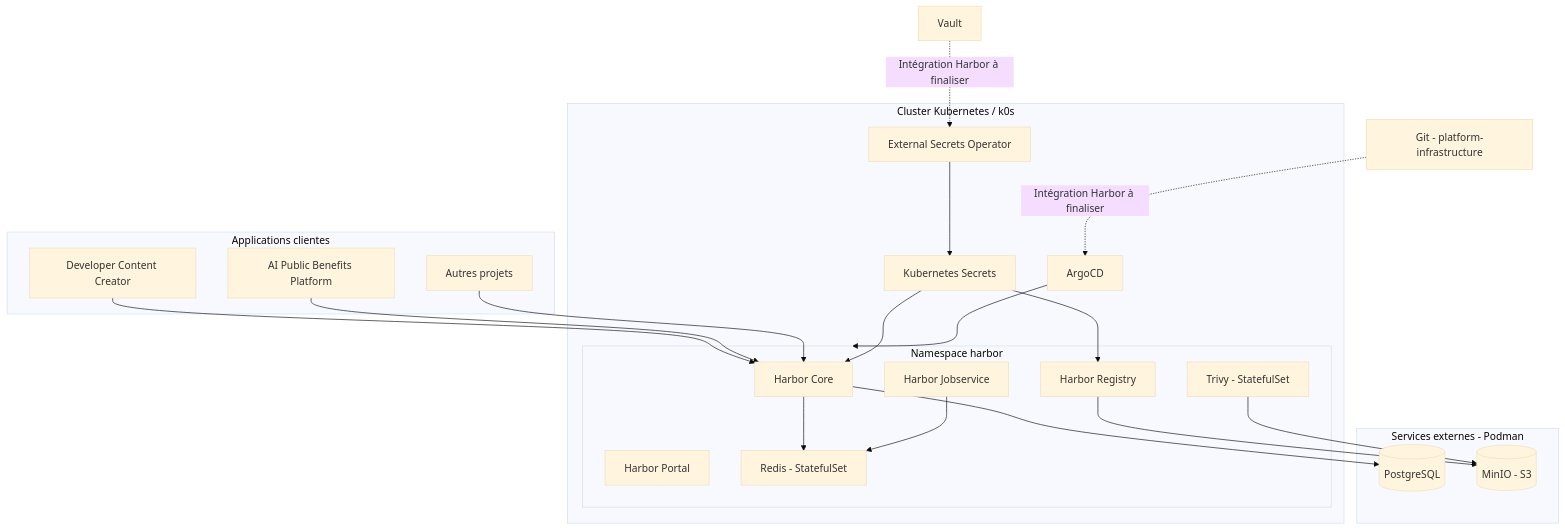
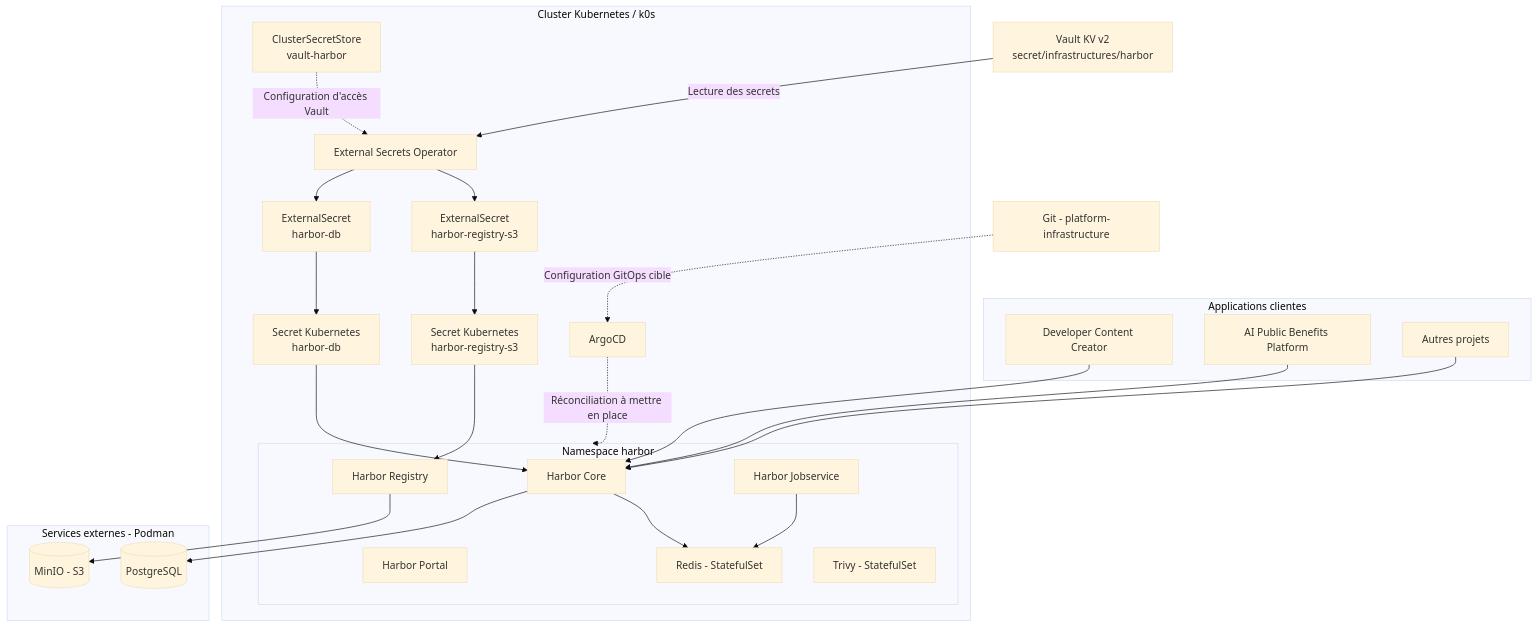
Before and after one commit to dso2530/platform-infrastructure: the diagram in docs/operations/harbor/architecture.md, drawn with Mermaid (base theme). The commit also changed other lines of this file and 2 other files, not shown here.

Commit message:
docs(harbor): document MinIO credential rotation

````diff
--- a/docs/operations/harbor/architecture.md
+++ b/docs/operations/harbor/architecture.md
@@ -60,49 +60,56 @@
 ```mermaid
 flowchart TB
     subgraph CLIENTS["Applications clientes"]
         DCC["Developer Content Creator"]
         ABP["AI Public Benefits Platform"]
         OTHER["Autres projets"]
     end
 
     subgraph K8S["Cluster Kubernetes / k0s"]
         subgraph HARBOR["Namespace harbor"]
             CORE["Harbor Core"]
             REGISTRY["Harbor Registry"]
             PORTAL["Harbor Portal"]
             JOB["Harbor Jobservice"]
             REDIS["Redis - StatefulSet"]
             TRIVY["Trivy - StatefulSet"]
         end
 
         ESO["External Secrets Operator"]
-        KSECRET["Kubernetes Secrets"]
+        STORE["ClusterSecretStore<br/>vault-harbor"]
+        ES_DB["ExternalSecret<br/>harbor-db"]
+        ES_S3["ExternalSecret<br/>harbor-registry-s3"]
+        SECRET_DB["Secret Kubernetes<br/>harbor-db"]
+        SECRET_S3["Secret Kubernetes<br/>harbor-registry-s3"]
         ARGO["ArgoCD"]
     end
 
     subgraph EXTERNAL["Services externes - Podman"]
         PG[("PostgreSQL")]
         MINIO[("MinIO - S3")]
     end
 
-    VAULT["Vault"]
+    VAULT["Vault KV v2<br/>secret/infrastructures/harbor"]
     GIT["Git - platform-infrastructure"]
 
     DCC --> CORE
     ABP --> CORE
     OTHER --> CORE
 
     CORE --> PG
     CORE --> REDIS
     JOB --> REDIS
     REGISTRY --> MINIO
-    TRIVY --> MINIO
 
-    VAULT -. "Intégration Harbor à finaliser" .-> ESO
-    ESO --> KSECRET
-    KSECRET --> CORE
-    KSECRET --> REGISTRY
+    VAULT -->|"Lecture des secrets"| ESO
+    STORE -. "Configuration d'accès Vault" .-> ESO
+    ESO --> ES_DB
+    ESO --> ES_S3
+    ES_DB --> SECRET_DB
+    ES_S3 --> SECRET_S3
+    SECRET_DB --> CORE
+    SECRET_S3 --> REGISTRY
 
-    GIT -. "Intégration Harbor à finaliser" .-> ARGO
-    ARGO --> HARBOR
+    GIT -. "Configuration GitOps cible" .-> ARGO
+    ARGO -. "Réconciliation à mettre en place" .-> HARBOR
 ```
````
